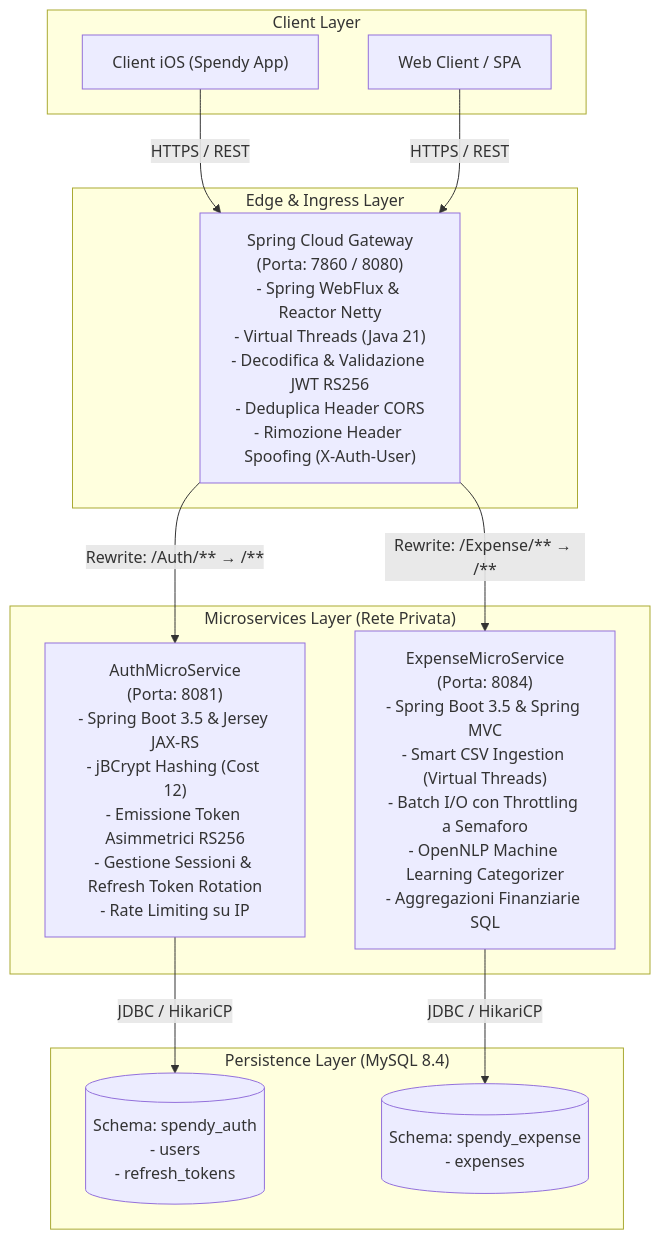
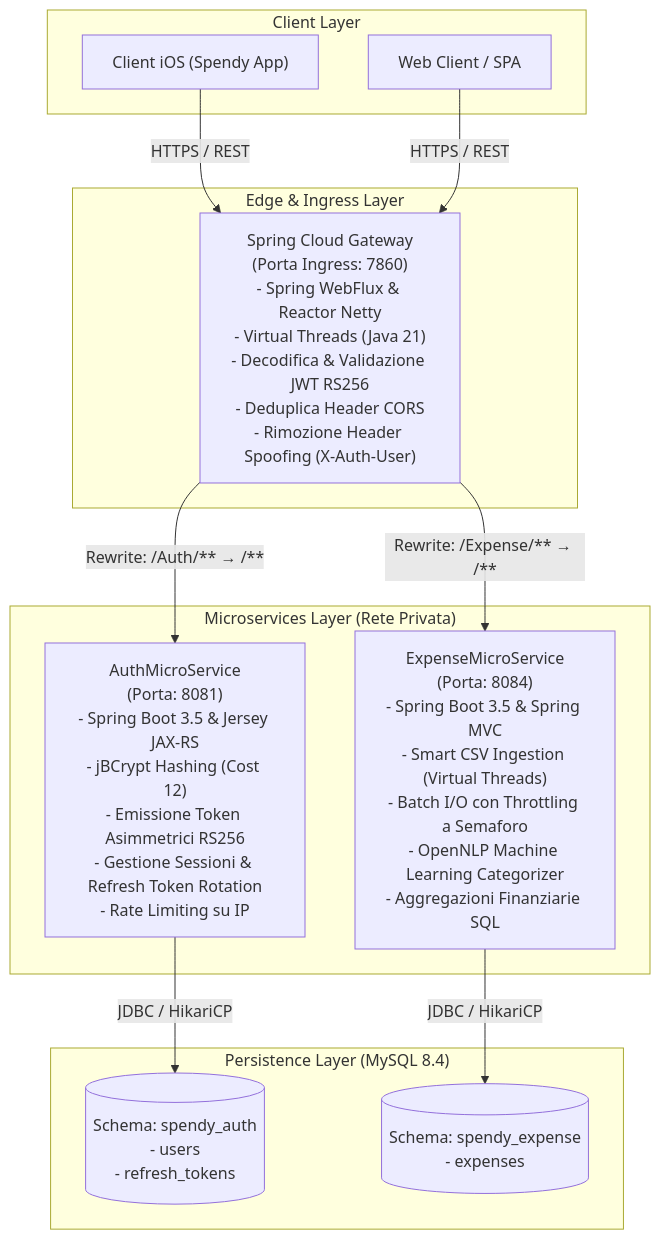
The first of 3 diagrams in docs/architecture.md (Giusk10/SpendyApp), drawn with Mermaid before and after one commit. The commit also changed other lines of this file and 25 other files, not shown here.

First line of the commit message:
refactor(devops): reorganize devops architecture, docker, scripts, ci/cd, and documentation

````diff
--- a/docs/architecture.md
+++ b/docs/architecture.md
@@ -11,30 +11,30 @@
 ```mermaid
 flowchart TD
     subgraph ClientTier ["Client Layer"]
         ClientiOS["Client iOS (Spendy App)"]
         ClientWeb["Web Client / SPA"]
     end
 
     subgraph EdgeTier ["Edge & Ingress Layer"]
-        Gateway["Spring Cloud Gateway<br/>(Porta: 7860 / 8080)<br/>- Spring WebFlux & Reactor Netty<br/>- Virtual Threads (Java 21)<br/>- Decodifica & Validazione JWT RS256<br/>- Deduplica Header CORS<br/>- Rimozione Header Spoofing (X-Auth-User)"]
+        Gateway["Spring Cloud Gateway<br/>(Porta Ingress: 7860)<br/>- Spring WebFlux & Reactor Netty<br/>- Virtual Threads (Java 21)<br/>- Decodifica & Validazione JWT RS256<br/>- Deduplica Header CORS<br/>- Rimozione Header Spoofing (X-Auth-User)"]
     end
 
     subgraph ServiceTier ["Microservices Layer (Rete Privata)"]
         AuthService["AuthMicroService<br/>(Porta: 8081)<br/>- Spring Boot 3.5 & Jersey JAX-RS<br/>- jBCrypt Hashing (Cost 12)<br/>- Emissione Token Asimmetrici RS256<br/>- Gestione Sessioni & Refresh Token Rotation<br/>- Rate Limiting su IP"]
         ExpenseService["ExpenseMicroService<br/>(Porta: 8084)<br/>- Spring Boot 3.5 & Spring MVC<br/>- Smart CSV Ingestion (Virtual Threads)<br/>- Batch I/O con Throttling a Semaforo<br/>- OpenNLP Machine Learning Categorizer<br/>- Aggregazioni Finanziarie SQL"]
     end
 
     subgraph DataTier ["Persistence Layer (MySQL 8.4)"]
         AuthDB[("Schema: spendy_auth<br/>- users<br/>- refresh_tokens")]
         ExpenseDB[("Schema: spendy_expense<br/>- expenses")]
     end
 
     ClientiOS -->|HTTPS / REST| Gateway
     ClientWeb -->|HTTPS / REST| Gateway
 
     Gateway -->|Rewrite: /Auth/** &rarr; /**| AuthService
     Gateway -->|Rewrite: /Expense/** &rarr; /**| ExpenseService
 
     AuthService -->|JDBC / HikariCP| AuthDB
     ExpenseService -->|JDBC / HikariCP| ExpenseDB
 ```
````
